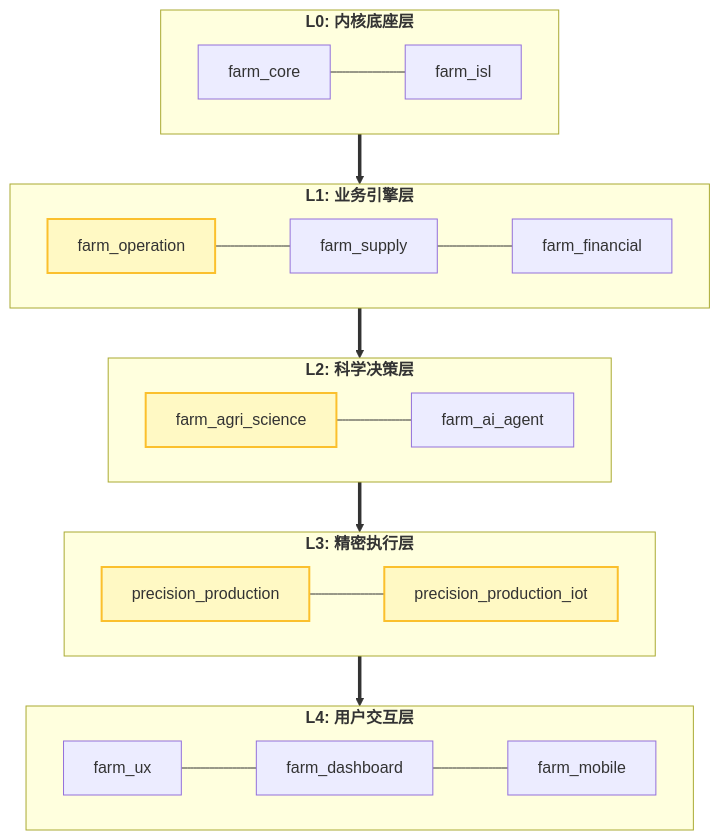
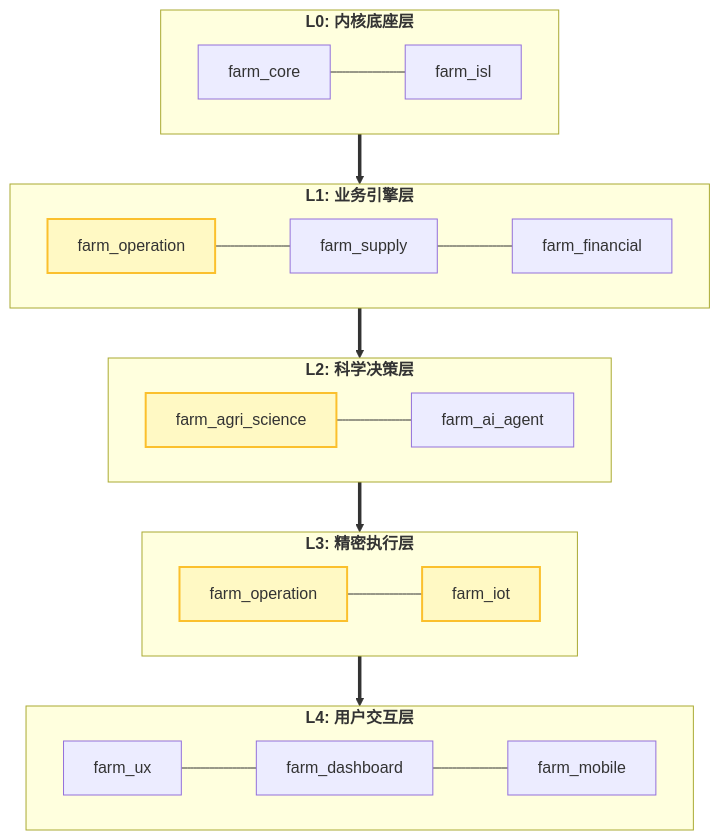
Before and after one commit to jeffery9/odoo-farm: the first of 2 diagrams in docs/technical/architecture/SYSTEM_ARCHITECTURE.md, drawn with Mermaid. The commit also changed 23 other files, not shown here.

Commit message:
docs: align project documentation with agricultural ISL architecture and removed modules

````diff
--- a/docs/technical/architecture/SYSTEM_ARCHITECTURE.md
+++ b/docs/technical/architecture/SYSTEM_ARCHITECTURE.md
@@ -8,33 +8,33 @@
 ```mermaid
 flowchart TD
     classDef layerBox fill:#fdfefe,stroke:#333,stroke-width:2px;
     classDef coreSpine fill:#fff9c4,stroke:#fbc02d,stroke-width:2px;
 
     subgraph L4 [<b>L4: 用户交互层</b>]
         direction LR
         UX["farm_ux"] --- Dash["farm_dashboard"] --- Mob["farm_mobile"]
     end
 
     subgraph L3 [<b>L3: 精密执行层</b>]
         direction LR
-        Pre["precision_production"] --- PIoT["precision_production_iot"]
+        Pre["farm_operation"] --- PIoT["farm_iot"]
     end
 
     subgraph L2 [<b>L2: 科学决策层</b>]
         direction LR
         VRA["farm_agri_science"] --- AI["farm_ai_agent"]
     end
 
     subgraph L1 [<b>L1: 业务引擎层</b>]
         direction LR
         Op["farm_operation"] --- Sup["farm_supply"] --- Fin["farm_financial"]
     end
 
     subgraph L0 [<b>L0: 内核底座层</b>]
         direction LR
         Core["farm_core"] --- ISL["farm_isl"]
     end
 
     Core ==> Op ==> VRA ==> Pre ==> UX
     class Pre,PIoT,VRA,Op coreSpine;
 ```
````
